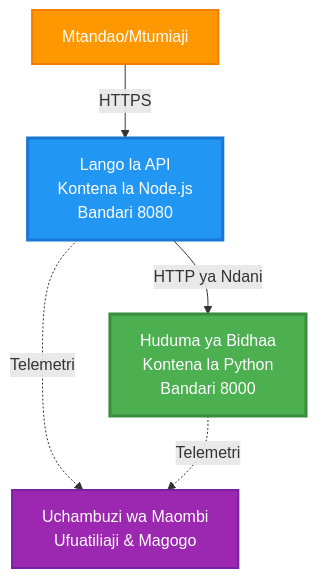
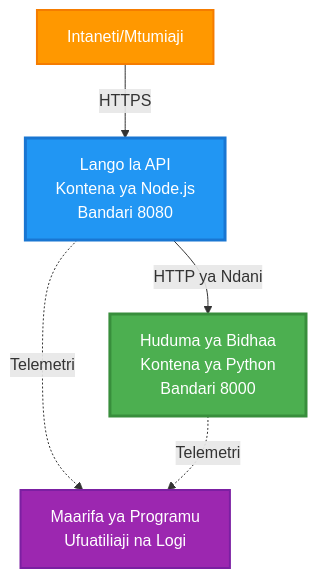
One commit to microsoft/AZD-for-beginners changed the first of 4 diagrams in translations/sw/examples/microservices/README.md. Above: the diagram before and after it, drawn with Mermaid. The commit also changed other lines of this file and 243 other files, not shown here.

````diff
--- a/translations/sw/examples/microservices/README.md
+++ b/translations/sw/examples/microservices/README.md
@@ -40,17 +31,17 @@
 ```mermaid
 graph TB
-    Internet[Mtandao/Mtumiaji]
-    Gateway[Lango la API<br/>Kontena la Node.js<br/>Bandari 8080]
-    Product[Huduma ya Bidhaa<br/>Kontena la Python<br/>Bandari 8000]
-    AppInsights[Uchambuzi wa Maombi<br/>Ufuatiliaji & Magogo]
+    Internet[Intaneti/Mtumiaji]
+    Gateway[Lango la API<br/>Kontena ya Node.js<br/>Bandari 8080]
+    Product[Huduma ya Bidhaa<br/>Kontena ya Python<br/>Bandari 8000]
+    AppInsights[Maarifa ya Programu<br/>Ufuatiliaji na Logi]
     
     Internet -->|HTTPS| Gateway
     Gateway -->|HTTP ya Ndani| Product
     Gateway -.->|Telemetri| AppInsights
     Product -.->|Telemetri| AppInsights
     
     style Gateway fill:#2196F3,stroke:#1976D2,stroke-width:3px,color:#fff
     style Product fill:#4CAF50,stroke:#388E3C,stroke-width:3px,color:#fff
     style Internet fill:#FF9800,stroke:#F57C00,stroke-width:2px,color:#fff
     style AppInsights fill:#9C27B0,stroke:#7B1FA2,stroke-width:2px,color:#fff
 ```
````
